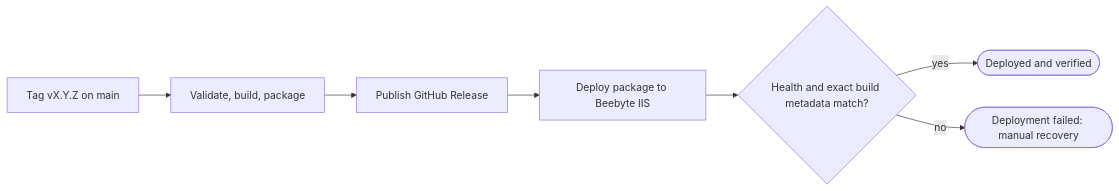
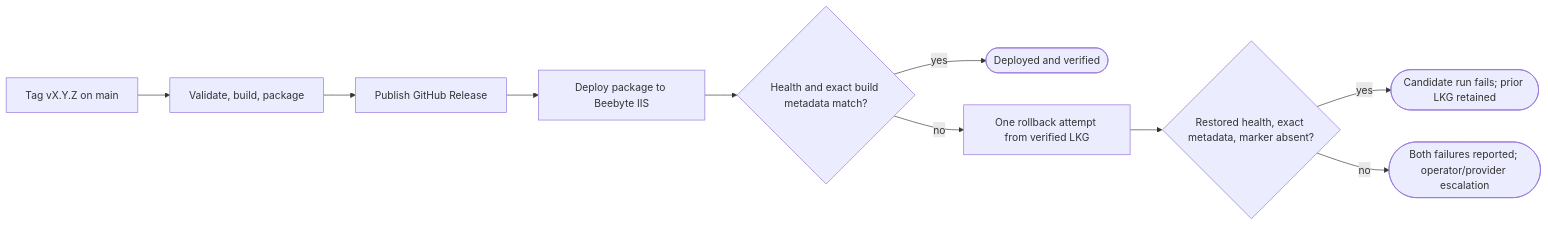
One commit to fredrik-hellmangroup/cv-online-presenter changed the diagram in docs/iis-release.md. Above: the diagram before and after it, drawn with Mermaid. The commit also changed other lines of this file and 8 other files, not shown here.

````diff
--- a/docs/iis-release.md
+++ b/docs/iis-release.md
@@ -7,9 +7,12 @@
 ```mermaid
 flowchart LR
     T["Tag vX.Y.Z on main"] --> B["Validate, build, package"]
     B --> R["Publish GitHub Release"]
     R --> D["Deploy package to Beebyte IIS"]
     D --> C{"Health and exact build metadata match?"}
     C -->|yes| L(["Deployed and verified"])
-    C -->|no| F(["Deployment failed: manual recovery"])
+    C -->|no| RB["One rollback attempt from verified LKG"]
+    RB --> V{"Restored health, exact metadata, marker absent?"}
+    V -->|yes| F(["Candidate run fails; prior LKG retained"])
+    V -->|no| O(["Both failures reported; operator/provider escalation"])
 ```
````
